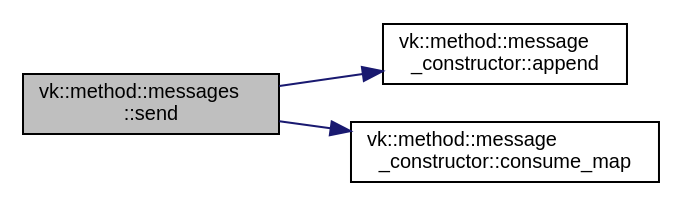
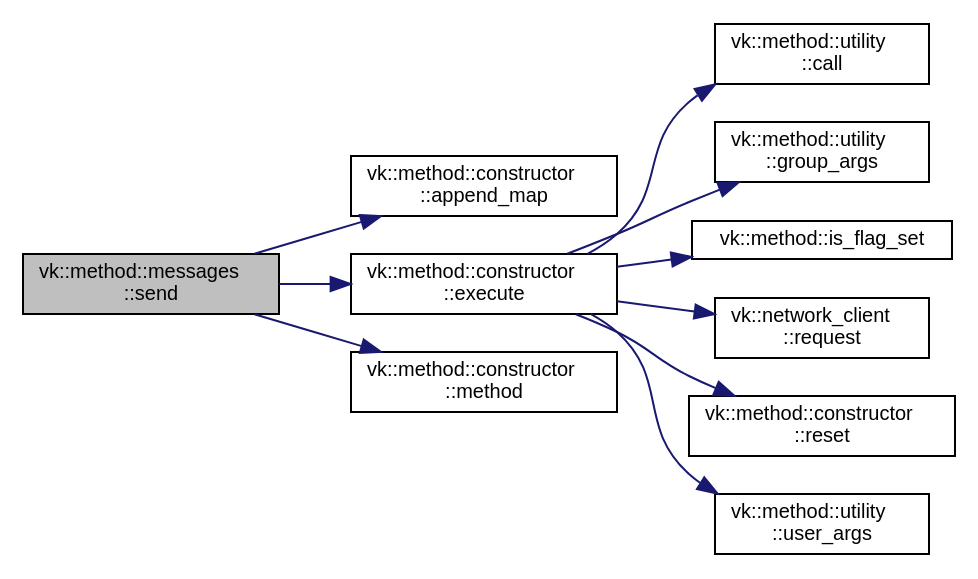
One commit to edgjj/cpp_vk_lib changed the diagram in docs/classvk_1_1method_1_1messages_a3dab930224b84d776747004a0c39d048_cgraph.dot. Above: the diagram before and after it, drawn with Graphviz. The commit also changed 347 other files, not shown here.

Commit message:
improved method constructor

```diff
--- a/docs/classvk_1_1method_1_1messages_a3dab930224b84d776747004a0c39d048_cgraph.dot
+++ b/docs/classvk_1_1method_1_1messages_a3dab930224b84d776747004a0c39d048_cgraph.dot
@@ -1,12 +1,26 @@
 digraph "vk::method::messages::send"
 {
  // LATEX_PDF_SIZE
   edge [fontname="Helvetica",fontsize="10",labelfontname="Helvetica",labelfontsize="10"];
   node [fontname="Helvetica",fontsize="10",shape=record];
   rankdir="LR";
   Node1 [label="vk::method::messages\l::send",height=0.2,width=0.4,color="black", fillcolor="grey75", style="filled", fontcolor="black",tooltip=" "];
   Node1 -> Node2 [color="midnightblue",fontsize="10",style="solid",fontname="Helvetica"];
-  Node2 [label="vk::method::message\l_constructor::append",height=0.2,width=0.4,color="black", fillcolor="white", style="filled",URL="$classvk_1_1method_1_1message__constructor.html#ae9b512da7cf1567f38e9ad4a5711d422",tooltip=" "];
+  Node2 [label="vk::method::constructor\l::append_map",height=0.2,width=0.4,color="black", fillcolor="white", style="filled",URL="$classvk_1_1method_1_1constructor.html#a03dcbbf80b9b225b3c23232ec9279aa5",tooltip=" "];
   Node1 -> Node3 [color="midnightblue",fontsize="10",style="solid",fontname="Helvetica"];
-  Node3 [label="vk::method::message\l_constructor::consume_map",height=0.2,width=0.4,color="black", fillcolor="white", style="filled",URL="$classvk_1_1method_1_1message__constructor.html#a7c108de51fec4bf6fc43e95232dd85f1",tooltip=" "];
+  Node3 [label="vk::method::constructor\l::execute",height=0.2,width=0.4,color="black", fillcolor="white", style="filled",URL="$classvk_1_1method_1_1constructor.html#a2b5cb59484af52b1a079599267b5df37",tooltip="Process VK request."];
+  Node3 -> Node4 [color="midnightblue",fontsize="10",style="solid",fontname="Helvetica"];
+  Node4 [label="vk::method::utility\l::call",height=0.2,width=0.4,color="black", fillcolor="white", style="filled",URL="$classvk_1_1method_1_1utility.html#a21fc84037c27a7b6acabb389352adcdc",tooltip=" "];
+  Node3 -> Node5 [color="midnightblue",fontsize="10",style="solid",fontname="Helvetica"];
+  Node5 [label="vk::method::utility\l::group_args",height=0.2,width=0.4,color="black", fillcolor="white", style="filled",URL="$classvk_1_1method_1_1utility.html#a19c050ed96880bb6f34499d5a6aaa062",tooltip=" "];
+  Node3 -> Node6 [color="midnightblue",fontsize="10",style="solid",fontname="Helvetica"];
+  Node6 [label="vk::method::is_flag_set",height=0.2,width=0.4,color="black", fillcolor="white", style="filled",URL="$namespacevk_1_1method.html#a00c0e5c15aff7f7ea788d965e2590112",tooltip=" "];
+  Node3 -> Node7 [color="midnightblue",fontsize="10",style="solid",fontname="Helvetica"];
+  Node7 [label="vk::network_client\l::request",height=0.2,width=0.4,color="black", fillcolor="white", style="filled",URL="$classvk_1_1network__client.html#a987730611db15624097f07a9cfce89f4",tooltip=" "];
+  Node3 -> Node8 [color="midnightblue",fontsize="10",style="solid",fontname="Helvetica"];
+  Node8 [label="vk::method::constructor\l::reset",height=0.2,width=0.4,color="black", fillcolor="white", style="filled",URL="$classvk_1_1method_1_1constructor.html#a3af81046f0222f41509c7881f6864146",tooltip=" "];
+  Node3 -> Node9 [color="midnightblue",fontsize="10",style="solid",fontname="Helvetica"];
+  Node9 [label="vk::method::utility\l::user_args",height=0.2,width=0.4,color="black", fillcolor="white", style="filled",URL="$classvk_1_1method_1_1utility.html#ac87a440904311e7238ebc8ae8128cfb3",tooltip=" "];
+  Node1 -> Node10 [color="midnightblue",fontsize="10",style="solid",fontname="Helvetica"];
+  Node10 [label="vk::method::constructor\l::method",height=0.2,width=0.4,color="black", fillcolor="white", style="filled",URL="$classvk_1_1method_1_1constructor.html#afc49ea0c88f4370ffa0e1d859dc62264",tooltip=" "];
 }
```
